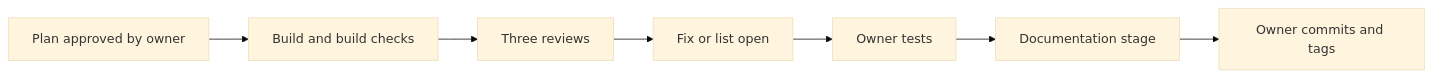
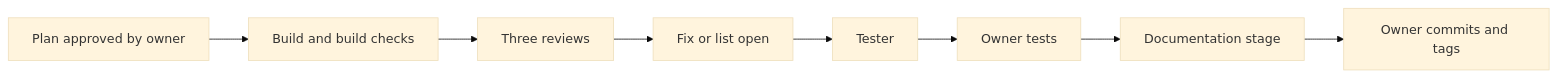
Before and after one commit to gashpy64/BMMS-Legacy: the second of 2 diagrams in Documents/System-Manual/02-Development-Environment.md, drawn with Mermaid (base theme). The commit also changed other lines of this file and 17 other files, not shown here.

````diff
--- a/Documents/System-Manual/02-Development-Environment.md
+++ b/Documents/System-Manual/02-Development-Environment.md
@@ -229,16 +239,18 @@
 ```mermaid
 flowchart LR
     A[Plan approved by owner]
     B[Build and build checks]
     C[Three reviews]
     D[Fix or list open]
+    T[Tester]
     E[Owner tests]
     F[Documentation stage]
     G[Owner commits and tags]
     A --> B
     B --> C
     C --> D
-    D --> E
+    D --> T
+    T --> E
     E --> F
     F --> G
 ```
````
